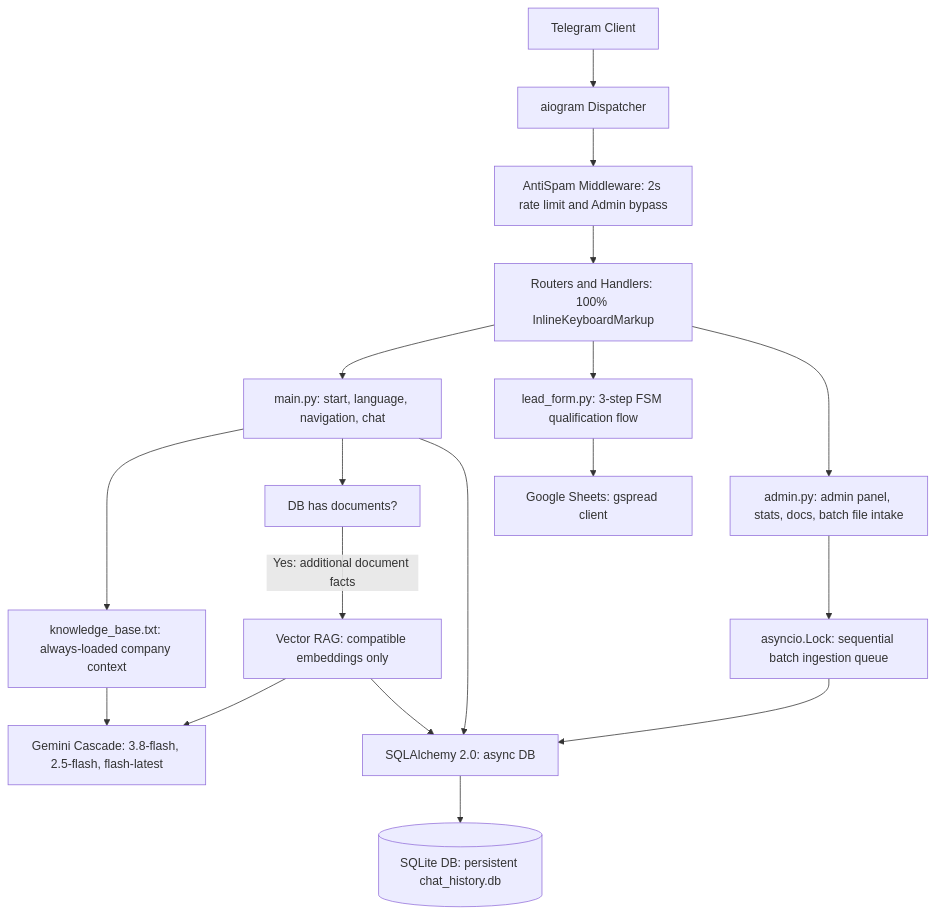
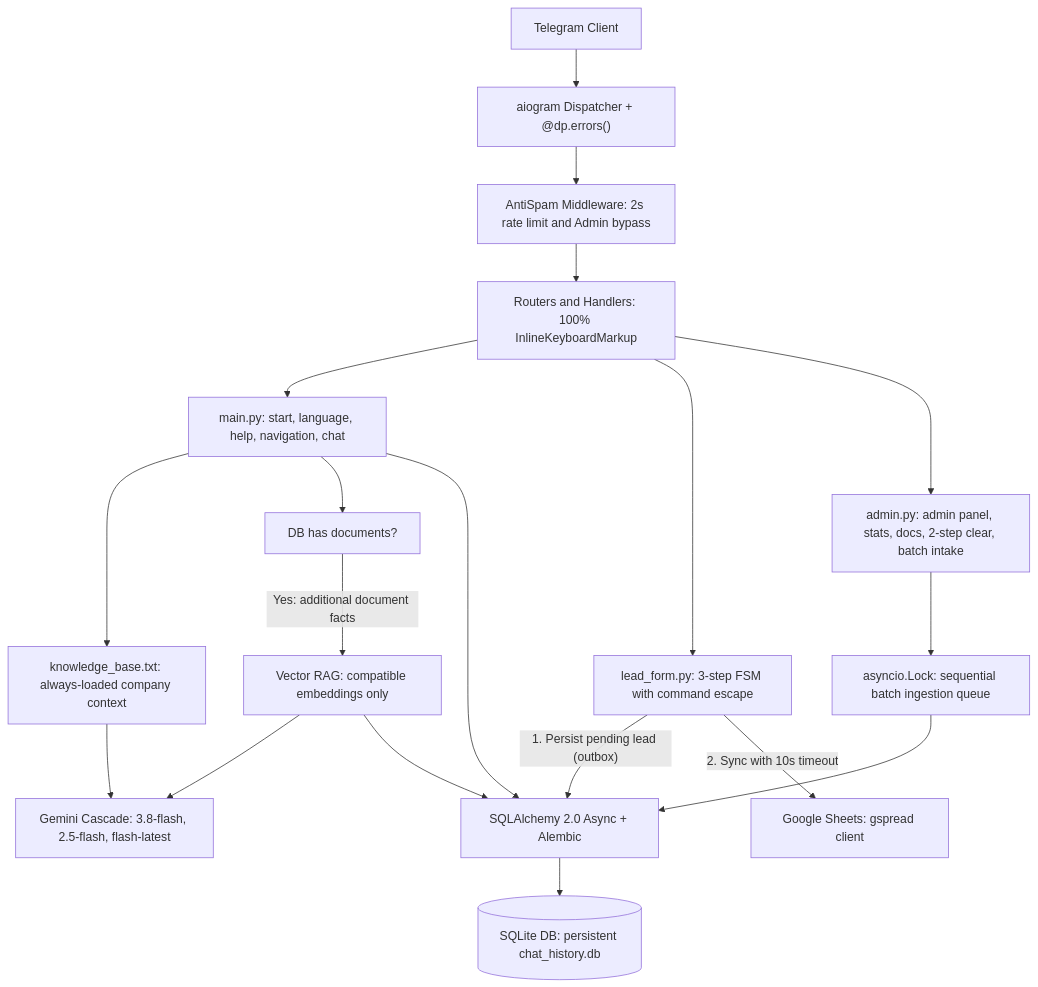
The first of 2 diagrams in README.md (Artem-462/ai_lead_bot), drawn with Mermaid before and after one commit. The commit also changed other lines of this file and 9 other files, not shown here.

````diff
--- a/README.md
+++ b/README.md
@@ -33,23 +33,24 @@
 ```mermaid
 flowchart TD
-    Client["Telegram Client"] --> Dispatcher["aiogram Dispatcher"]
+    Client["Telegram Client"] --> Dispatcher["aiogram Dispatcher + @dp.errors()"]
     Dispatcher --> AntiSpam["AntiSpam Middleware: 2s rate limit and Admin bypass"]
     AntiSpam --> Routers["Routers and Handlers: 100% InlineKeyboardMarkup"]
 
-    Routers --> MainH["main.py: start, language, navigation, chat"]
-    Routers --> LeadH["lead_form.py: 3-step FSM qualification flow"]
-    Routers --> AdminH["admin.py: admin panel, stats, docs, batch file intake"]
+    Routers --> MainH["main.py: start, language, help, navigation, chat"]
+    Routers --> LeadH["lead_form.py: 3-step FSM with command escape"]
+    Routers --> AdminH["admin.py: admin panel, stats, docs, 2-step clear, batch intake"]
 
     MainH --> FlatKB["knowledge_base.txt: always-loaded company context"]
     MainH --> RouteDecision["DB has documents?"]
     RouteDecision -->|"Yes: additional document facts"| VectorRAG["Vector RAG: compatible embeddings only"]
     FlatKB --> Gemini["Gemini Cascade: 3.8-flash, 2.5-flash, flash-latest"]
     VectorRAG --> Gemini
 
-    LeadH --> GSheets["Google Sheets: gspread client"]
+    LeadH -->|"1. Persist pending lead (outbox)"| DB["SQLAlchemy 2.0 Async + Alembic"]
+    LeadH -->|"2. Sync with 10s timeout"| GSheets["Google Sheets: gspread client"]
     AdminH --> BatchLock["asyncio.Lock: sequential batch ingestion queue"]
-    BatchLock --> DB["SQLAlchemy 2.0: async DB"]
+    BatchLock --> DB
     MainH --> DB
     VectorRAG --> DB
     DB --> Storage[("SQLite DB: persistent chat_history.db")]
 ```
````
